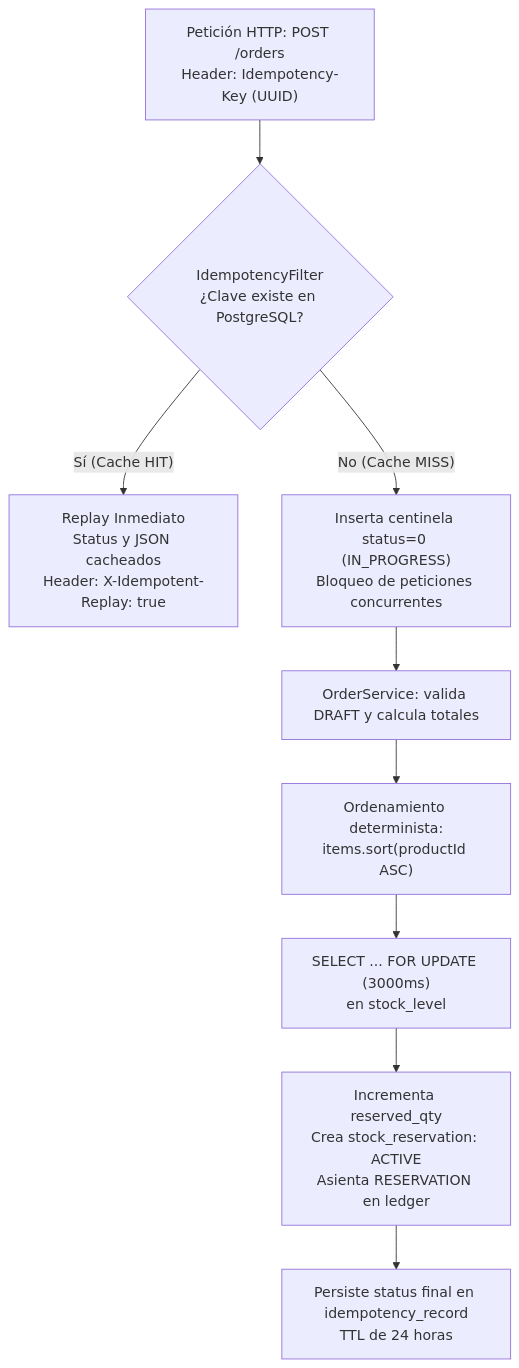
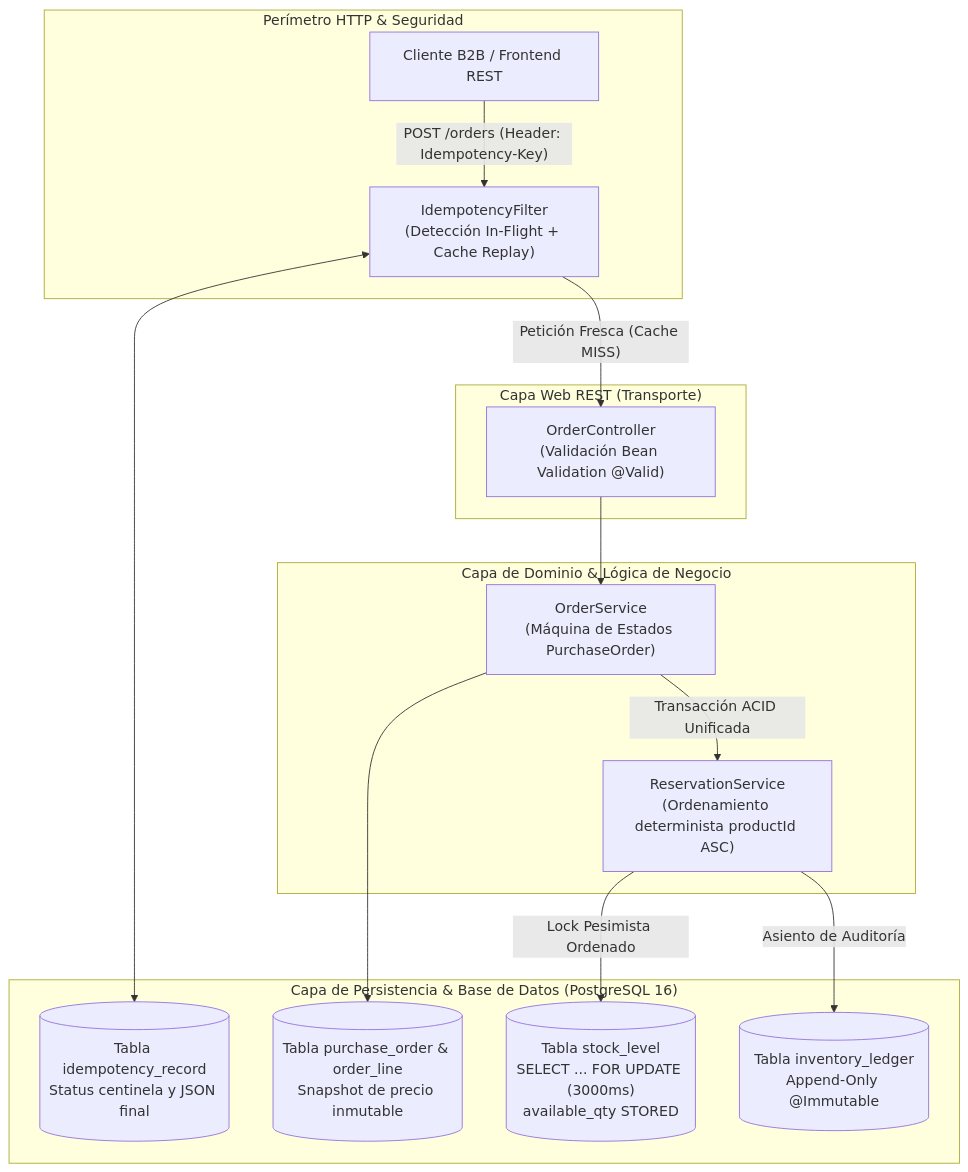
Before and after one commit to vivenegasl/stockpilot-b2b: the diagram in docs/architecture/MASTER_STUDY_GUIDE.md, drawn with Mermaid. The commit also changed other lines of this file and 11 other files, not shown here.

Commit message:
docs(architecture): modularize master study guide and expand with 8 industry pillars, academic syllabus and PKM integration

````diff
--- a/docs/architecture/MASTER_STUDY_GUIDE.md
+++ b/docs/architecture/MASTER_STUDY_GUIDE.md
@@ -340,17 +31,32 @@
 ```mermaid
 graph TD
-    REQ["Petición HTTP: POST /orders<br/>Header: Idempotency-Key (UUID)"]
-    FILTER{"IdempotencyFilter<br/>¿Clave existe en PostgreSQL?"}
-    REPLAY["Replay Inmediato<br/>Status y JSON cacheados<br/>Header: X-Idempotent-Replay: true"]
-    IN_FLIGHT["Inserta centinela status=0 (IN_PROGRESS)<br/>Bloqueo de peticiones concurrentes"]
-    ORDER_SRV["OrderService: valida DRAFT y calcula totales"]
-    SORT["Ordenamiento determinista:<br/>items.sort(productId ASC)"]
-    LOCK_DB["SELECT ... FOR UPDATE (3000ms)<br/>en stock_level"]
-    RESERVE["Incrementa reserved_qty<br/>Crea stock_reservation: ACTIVE<br/>Asienta RESERVATION en ledger"]
-    SAVE_RESP["Persiste status final en idempotency_record<br/>TTL de 24 horas"]
+    subgraph "Perímetro HTTP & Seguridad"
+        CLIENT["Cliente B2B / Frontend REST"]
+        FILTER["IdempotencyFilter<br/>(Detección In-Flight + Cache Replay)"]
+        CLIENT -->|"POST /orders (Header: Idempotency-Key)"| FILTER
+    end
 
-    REQ --> FILTER
-    FILTER -- "Sí (Cache HIT)" --> REPLAY
-    FILTER -- "No (Cache MISS)" --> IN_FLIGHT
-    IN_FLIGHT --> ORDER_SRV --> SORT --> LOCK_DB --> RESERVE --> SAVE_RESP
+    subgraph "Capa Web REST (Transporte)"
+        CTRL["OrderController<br/>(Validación Bean Validation @Valid)"]
+        FILTER -->|"Petición Fresca (Cache MISS)"| CTRL
+    end
+
+    subgraph "Capa de Dominio & Lógica de Negocio"
+        ORDER_SRV["OrderService<br/>(Máquina de Estados PurchaseOrder)"]
+        RES_SRV["ReservationService<br/>(Ordenamiento determinista productId ASC)"]
+        CTRL --> ORDER_SRV
+        ORDER_SRV -->|"Transacción ACID Unificada"| RES_SRV
+    end
+
+    subgraph "Capa de Persistencia & Base de Datos (PostgreSQL 16)"
+        IDEM_REPO[("Tabla idempotency_record<br/>Status centinela y JSON final")]
+        ORDER_REPO[("Tabla purchase_order & order_line<br/>Snapshot de precio inmutable")]
+        STOCK_REPO[("Tabla stock_level<br/>SELECT ... FOR UPDATE (3000ms)<br/>available_qty STORED")]
+        LEDGER_REPO[("Tabla inventory_ledger<br/>Append-Only @Immutable")]
+        
+        FILTER <--> IDEM_REPO
+        ORDER_SRV --> ORDER_REPO
+        RES_SRV -->|"Lock Pesimista Ordenado"| STOCK_REPO
+        RES_SRV -->|"Asiento de Auditoría"| LEDGER_REPO
+    end
 ```
````
